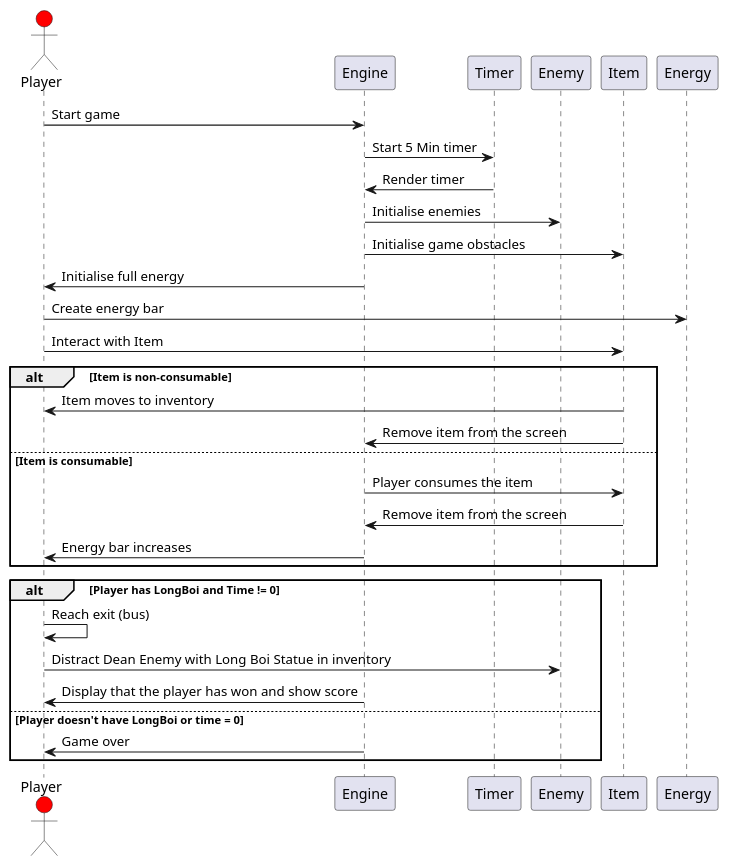
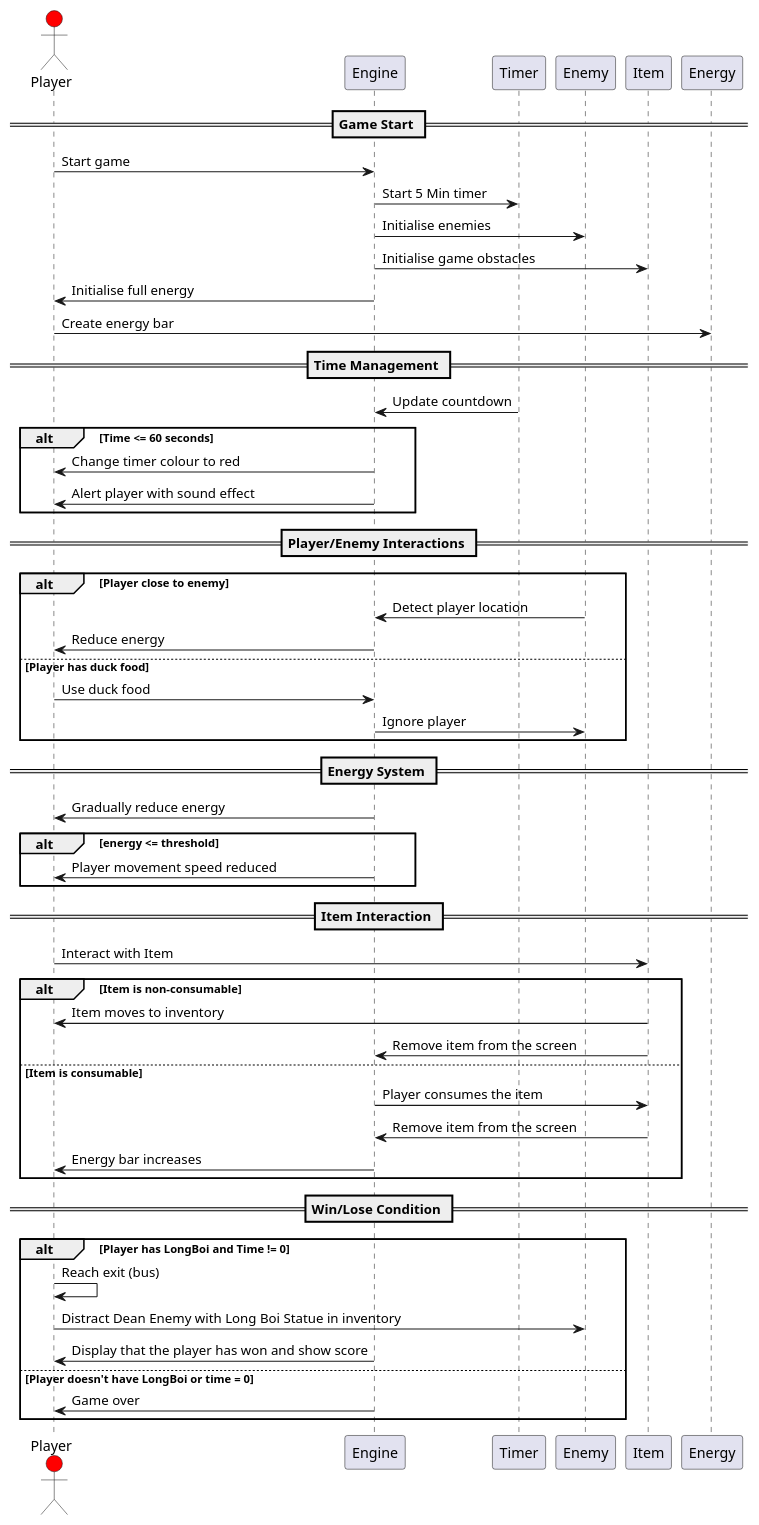
The diagram in Architecture/behaviouralMain.puml (WHALES-ENG1/WHALES-Assets), drawn with PlantUML before and after one commit.

Commit message:
made the diagram easier to visualise, added some sections that were left out.

```diff
--- a/Architecture/behaviouralMain.puml
+++ b/Architecture/behaviouralMain.puml
@@ -1,43 +1,81 @@
 @startuml structuralDiagram
 
-'Diagram for main menu? i.e. settings leaderboard'
+'participants:'
 
 actor Player #Red
+participant Engine
+participant Timer
+participant Enemy
+participant Item
+participant Energy
 
 'start of the game'
 
+== Game Start ==
+
 Player -> Engine: Start game
 Engine -> Timer: Start 5 Min timer
-Timer -> Engine: Render timer
-
-
-'creation of the maze
-
 Engine -> Enemy: Initialise enemies
 Engine -> Item: Initialise game obstacles
 Engine -> Player: Initialise full energy
 Player -> Energy: Create energy bar
 
+'timer management/warning'
+
+== Time Management ==
+
+Timer -> Engine: Update countdown
+alt Time <= 60 seconds
+    Engine -> Player: Change timer colour to red
+    Engine -> Player: Alert player with sound effect
+end
+
+'player close to enemy:'
+
+== Player/Enemy Interactions ==
+
+alt Player close to enemy
+    Enemy -> Engine: Detect player location
+    Engine -> Player: Reduce energy
+else Player has duck food
+    Player -> Engine: Use duck food
+    Engine -> Enemy: Ignore player
+end
+
+'energy system':
+
+== Energy System ==
+
+Engine -> Player: Gradually reduce energy
+
+alt energy <= threshold
+    Engine -> Player: Player movement speed reduced
+end
+
 'items:'
+
+== Item Interaction ==
 
 Player -> Item: Interact with Item
 alt Item is non-consumable
     Item -> Player: Item moves to inventory
     Item -> Engine: Remove item from the screen
 else Item is consumable
     Engine -> Item: Player consumes the item
     Item -> Engine: Remove item from the screen
     Engine -> Player: Energy bar increases
 end
 
 'player wins the game (longboi is returned and make the bus):'
 
+== Win/Lose Condition ==
+
 alt Player has LongBoi and Time != 0
     Player -> Player: Reach exit (bus)
     Player -> Enemy: Distract Dean Enemy with Long Boi Statue in inventory
     Engine -> Player: Display that the player has won and show score
 else Player doesn't have LongBoi or time = 0
     Engine -> Player: Game over
 end
 
 @enduml
```
